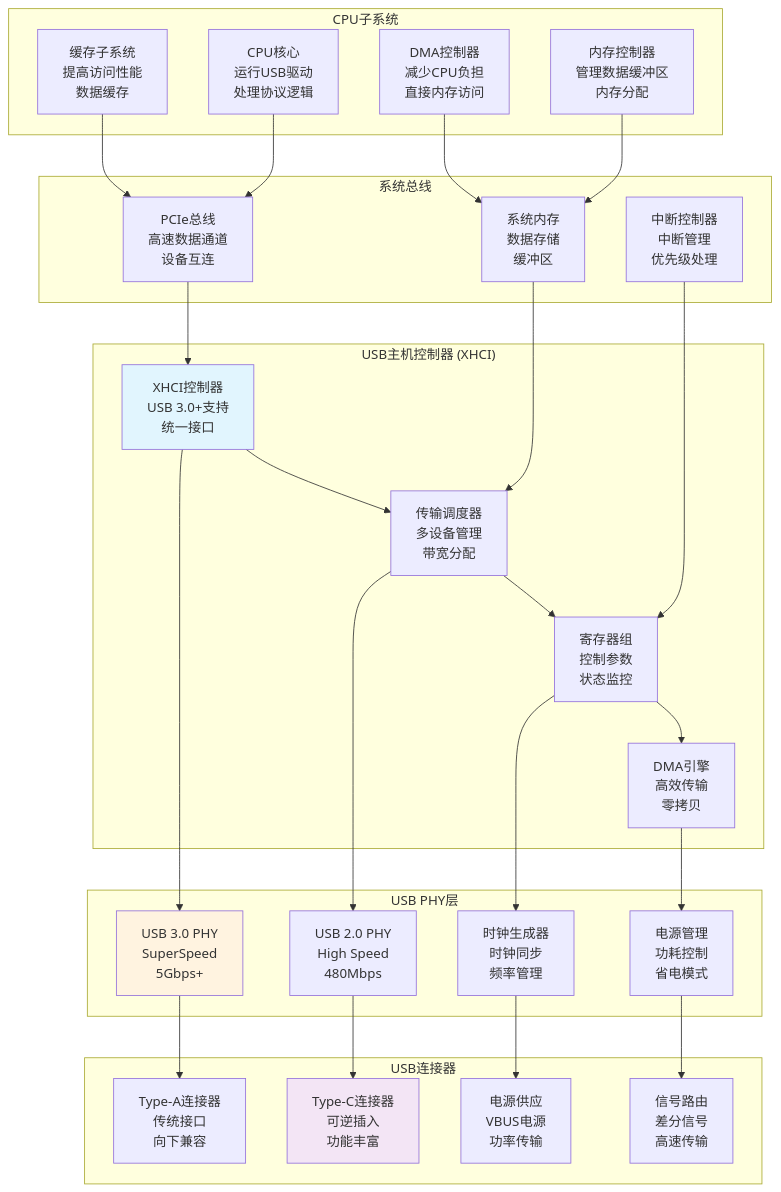
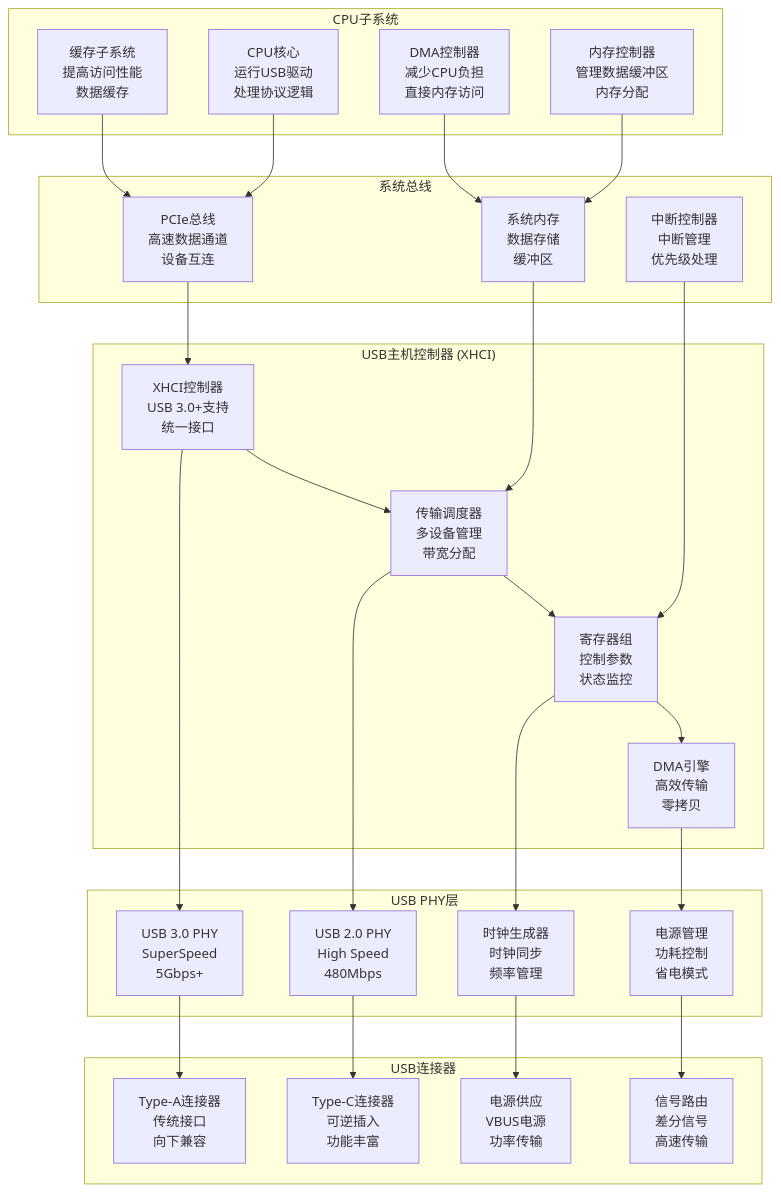
One commit to TbusOS/usb-learn changed the second of 18 diagrams in 09-USB系统框架图解-可视化版.md. Above: the diagram before and after it, drawn with Mermaid. The commit also changed other lines of this file and 1 other file, not shown here.

````diff
--- a/09-USB系统框架图解-可视化版.md
+++ b/09-USB系统框架图解-可视化版.md
@@ -90,65 +86,62 @@
 ```mermaid
 graph TD
     subgraph "CPU子系统"
         A1[CPU核心<br/>运行USB驱动<br/>处理协议逻辑]
         A2[内存控制器<br/>管理数据缓冲区<br/>内存分配]
         A3[缓存子系统<br/>提高访问性能<br/>数据缓存]
         A4[DMA控制器<br/>减少CPU负担<br/>直接内存访问]
     end
     
     subgraph "系统总线"
         B1[PCIe总线<br/>高速数据通道<br/>设备互连]
         B2[系统内存<br/>数据存储<br/>缓冲区]
         B3[中断控制器<br/>中断管理<br/>优先级处理]
     end
     
     subgraph "USB主机控制器 (XHCI)"
         C1[XHCI控制器<br/>USB 3.0+支持<br/>统一接口]
         C2[传输调度器<br/>多设备管理<br/>带宽分配]
         C3[寄存器组<br/>控制参数<br/>状态监控]
         C4[DMA引擎<br/>高效传输<br/>零拷贝]
     end
     
     subgraph "USB PHY层"
         D1[USB 3.0 PHY<br/>SuperSpeed<br/>5Gbps+]
         D2[USB 2.0 PHY<br/>High Speed<br/>480Mbps]
         D3[时钟生成器<br/>时钟同步<br/>频率管理]
         D4[电源管理<br/>功耗控制<br/>省电模式]
     end
     
     subgraph "USB连接器"
         E1[Type-A连接器<br/>传统接口<br/>向下兼容]
         E2[Type-C连接器<br/>可逆插入<br/>功能丰富]
         E3[电源供应<br/>VBUS电源<br/>功率传输]
         E4[信号路由<br/>差分信号<br/>高速传输]
     end
     
     %% 连接关系
     A1 --> B1
     A2 --> B2
     A3 --> B1
     A4 --> B2
     
     B1 --> C1
     B2 --> C2
     B3 --> C3
     
     C1 --> C2
     C2 --> C3
     C3 --> C4
     
     C1 --> D1
     C2 --> D2
     C3 --> D3
     C4 --> D4
     
     D1 --> E1
     D2 --> E2
     D3 --> E3
     D4 --> E4
     
-    %% 样式
-    style C1 fill:#e1f5fe
-    style D1 fill:#fff3e0
-    style E2 fill:#f3e5f5
+
 ```
````
